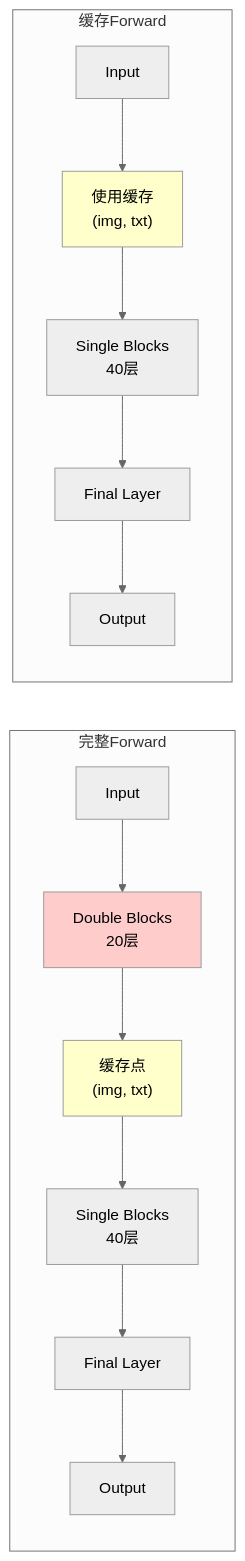
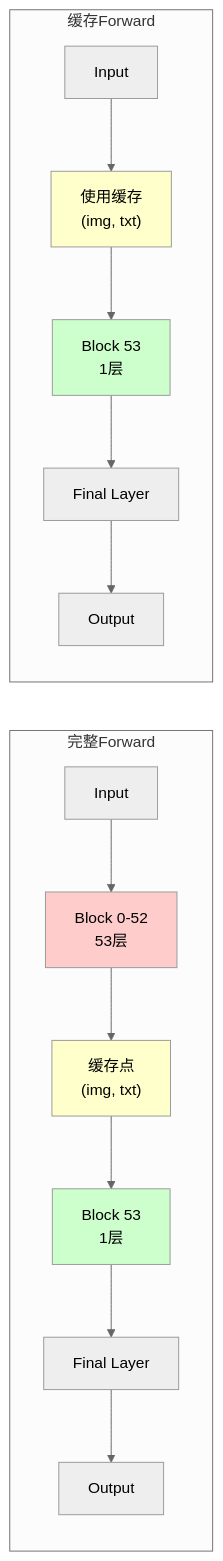
Before and after one commit to yangwhale/gpu-tpu-pedia: the fifth of 17 diagrams in tpu/HunyuanVideo-1.5/generate_hunyuan_flax_staged/DEEPCACHE_EXPLAINED.md, drawn with Mermaid (neutral theme). The commit also changed other lines of this file and 1 other file, not shown here.

First line of the commit message:
Fix DeepCache: cache block 52 output for block 53 execution

````diff
--- a/tpu/HunyuanVideo-1.5/generate_hunyuan_flax_staged/DEEPCACHE_EXPLAINED.md
+++ b/tpu/HunyuanVideo-1.5/generate_hunyuan_flax_staged/DEEPCACHE_EXPLAINED.md
@@ -134,21 +150,23 @@
 ```mermaid
 flowchart LR
     subgraph 完整Forward
-        A[Input] --> B[Double Blocks<br/>20层]
-        B --> C["缓存点<br/>(img, txt)"]
-        C --> D[Single Blocks<br/>40层]
-        D --> E[Final Layer]
+        A[Input] --> B1[Block 0-52<br/>53层]
+        B1 --> C["缓存点<br/>(img, txt)"]
+        C --> B2[Block 53<br/>1层]
+        B2 --> E[Final Layer]
         E --> F[Output]
     end
     
     subgraph 缓存Forward
         A2[Input] --> C2["使用缓存<br/>(img, txt)"]
-        C2 --> D2[Single Blocks<br/>40层]
-        D2 --> E2[Final Layer]
+        C2 --> B3[Block 53<br/>1层]
+        B3 --> E2[Final Layer]
         E2 --> F2[Output]
     end
     
-    style B fill:#ffcccc
+    style B1 fill:#ffcccc
     style C fill:#ffffcc
     style C2 fill:#ffffcc
+    style B2 fill:#ccffcc
+    style B3 fill:#ccffcc
 ```
````
